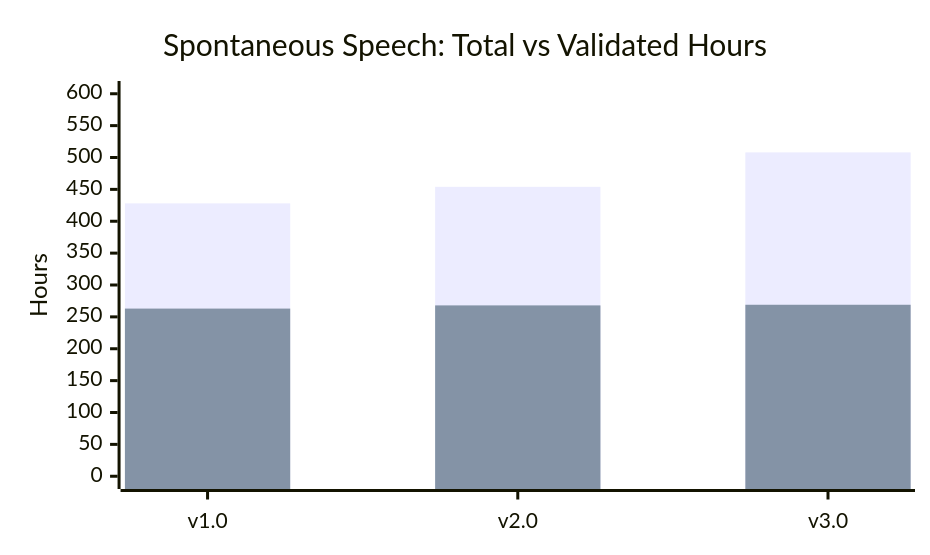
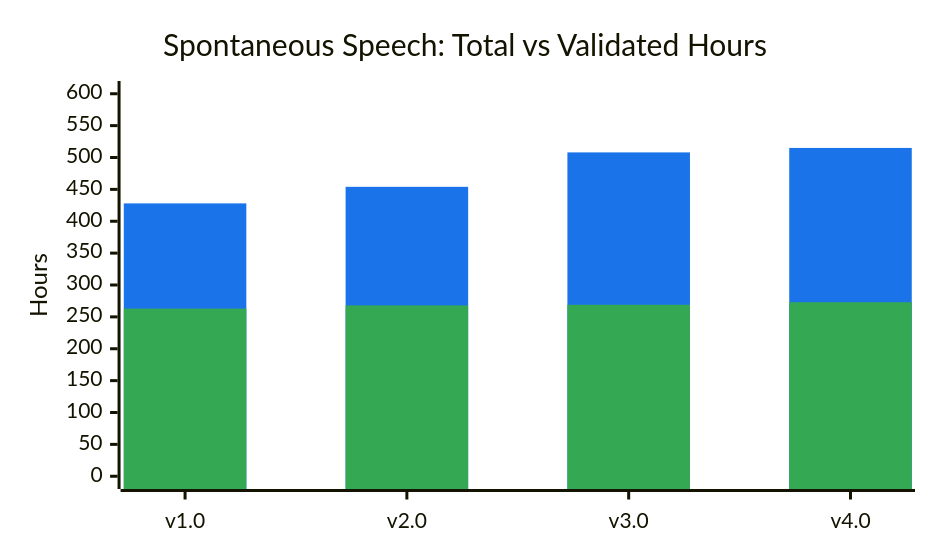
The first of 3 diagrams in datasets/spontaneous-speech/README.md (common-voice/cv-dataset), drawn with Mermaid before and after one commit. The commit also changed other lines of this file and 1 other file, not shown here.

````diff
--- a/datasets/spontaneous-speech/README.md
+++ b/datasets/spontaneous-speech/README.md
@@ -13,14 +13,17 @@
 ```mermaid
 ---
 config:
     xyChart:
         width: 600
         height: 350
+    themeVariables:
+        xyChart:
+            plotColorPalette: "#1a73e8, #34a853"
 ---
 xychart-beta
     title "Spontaneous Speech: Total vs Validated Hours"
-    x-axis ["v1.0","v2.0","v3.0"]
+    x-axis ["v1.0","v2.0","v3.0","v4.0"]
     y-axis "Hours" 0 --> 600
-    bar [428,454,508]
-    bar [263,268,269]
+    bar [428,454,508,515]
+    bar [263,268,269,273]
 ```
````
